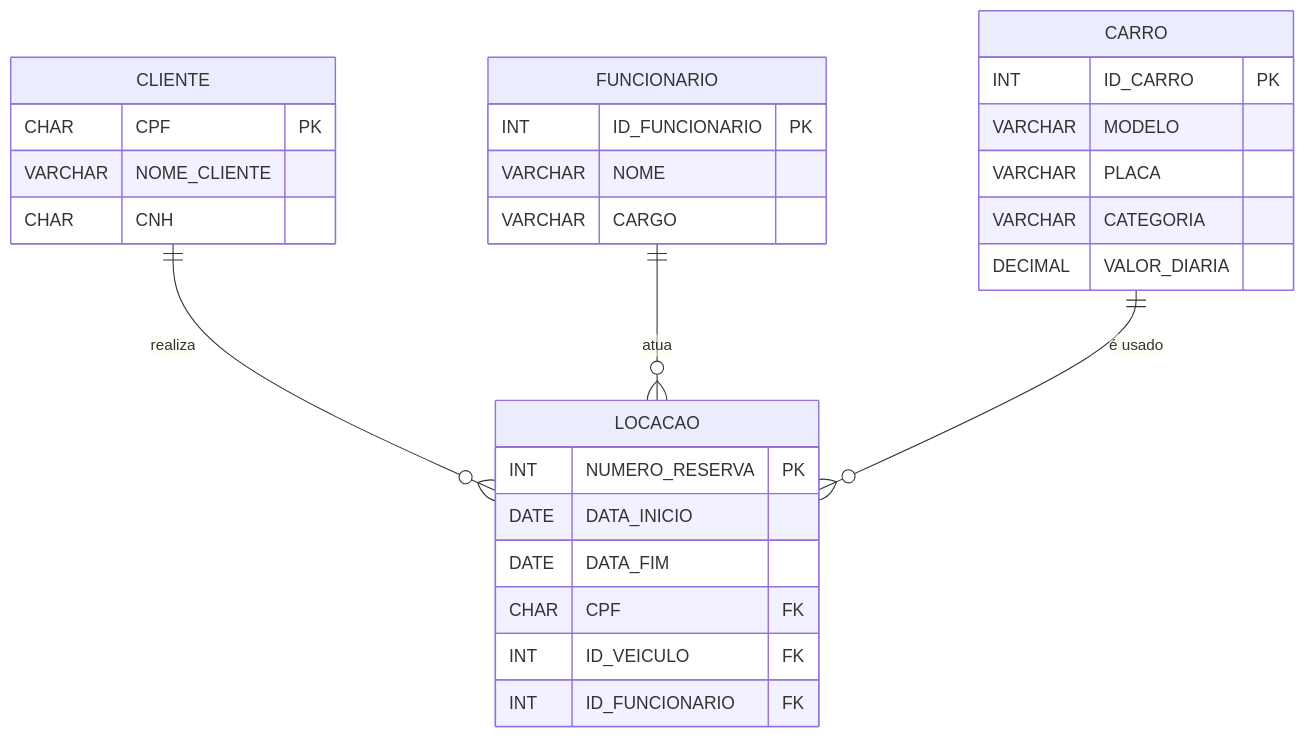
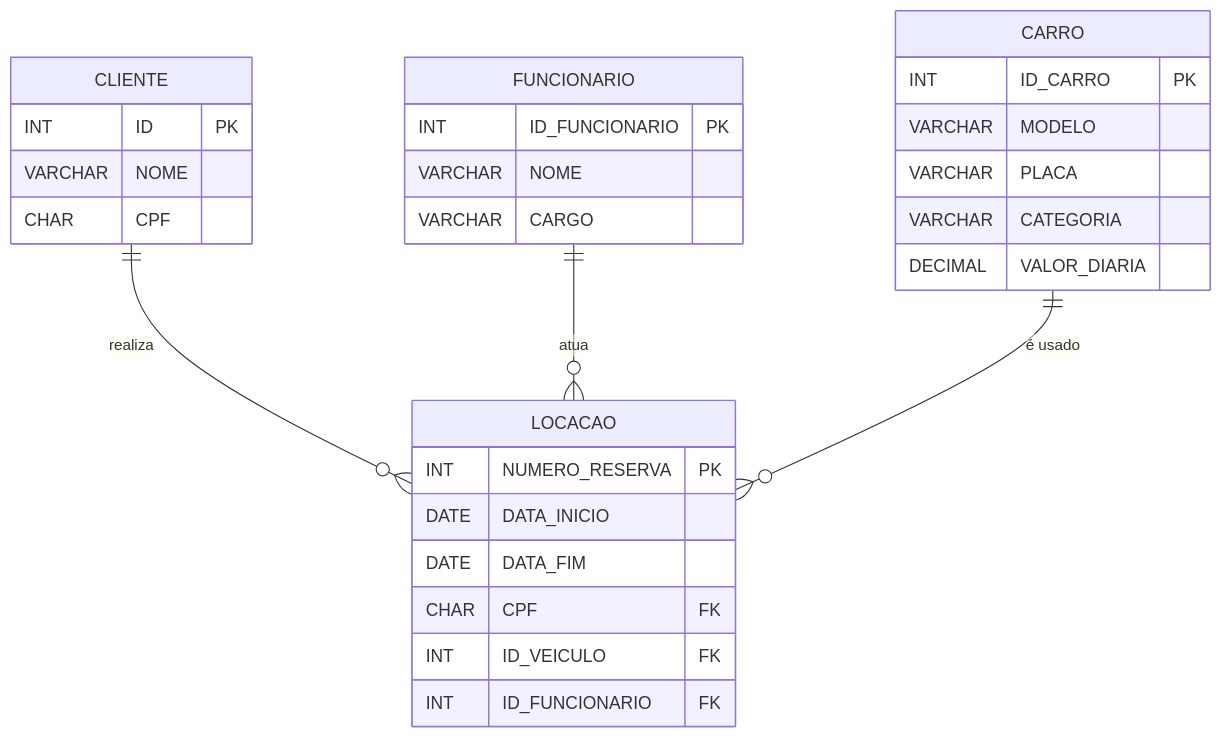
Before and after one commit to barzifelipe/car_rental_system: the diagram in diagrams/diagrama.mmd, drawn with Mermaid.

```diff
--- a/diagrams/diagrama.mmd
+++ b/diagrams/diagrama.mmd
@@ -1,33 +1,33 @@
 erDiagram
     CLIENTE {
-        CHAR CPF PK
-        VARCHAR NOME_CLIENTE
-        CHAR CNH
+        INT ID PK
+        VARCHAR NOME
+        CHAR CPF
     }
 
     FUNCIONARIO {
         INT ID_FUNCIONARIO PK
         VARCHAR NOME
         VARCHAR CARGO
     }
 
     CARRO {
         INT ID_CARRO PK
         VARCHAR MODELO
         VARCHAR PLACA
         VARCHAR CATEGORIA
         DECIMAL VALOR_DIARIA
     }
 
     LOCACAO {
         INT NUMERO_RESERVA PK
         DATE DATA_INICIO
         DATE DATA_FIM
         CHAR CPF FK
         INT ID_VEICULO FK
         INT ID_FUNCIONARIO FK
     }
 
     CLIENTE ||--o{ LOCACAO : "realiza"
     FUNCIONARIO ||--o{ LOCACAO : "atua "
     CARRO ||--o{ LOCACAO : " é usado"
```
